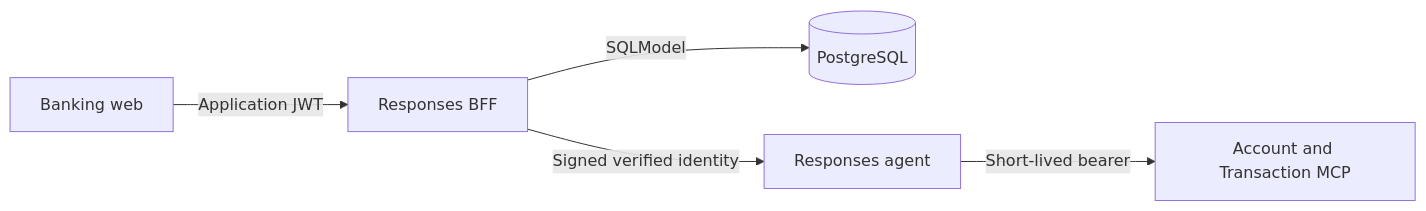
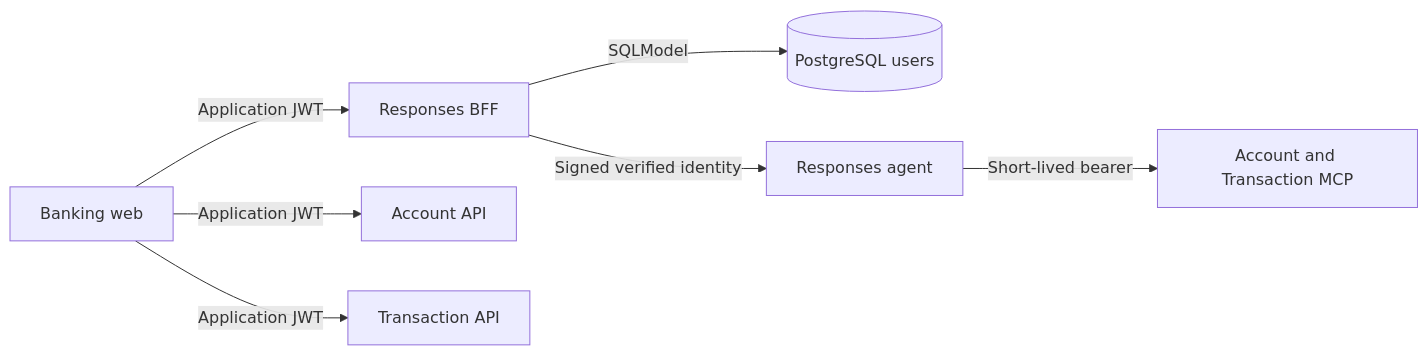
The diagram in app/responses-bff/README.md (cristofima/factored-hackathon-2026-cristopher-coronado), drawn with Mermaid before and after one commit. The commit also changed other lines of this file and 7 other files, not shown here.

First line of the commit message:
refactor(responses-bff)!: remove account/card/transaction reads

````diff
--- a/app/responses-bff/README.md
+++ b/app/responses-bff/README.md
@@ -9,7 +11,9 @@
 ```mermaid
 flowchart LR
     Browser[Banking web] -->|Application JWT| BFF[Responses BFF]
-    BFF -->|SQLModel| DB[(PostgreSQL)]
+    Browser -->|Application JWT| Account[Account API]
+    Browser -->|Application JWT| Transaction[Transaction API]
+    BFF -->|SQLModel| DB[(PostgreSQL users)]
     BFF -->|Signed verified identity| Agent[Responses agent]
     Agent -->|Short-lived bearer| MCP[Account and Transaction MCP]
 ```
````
